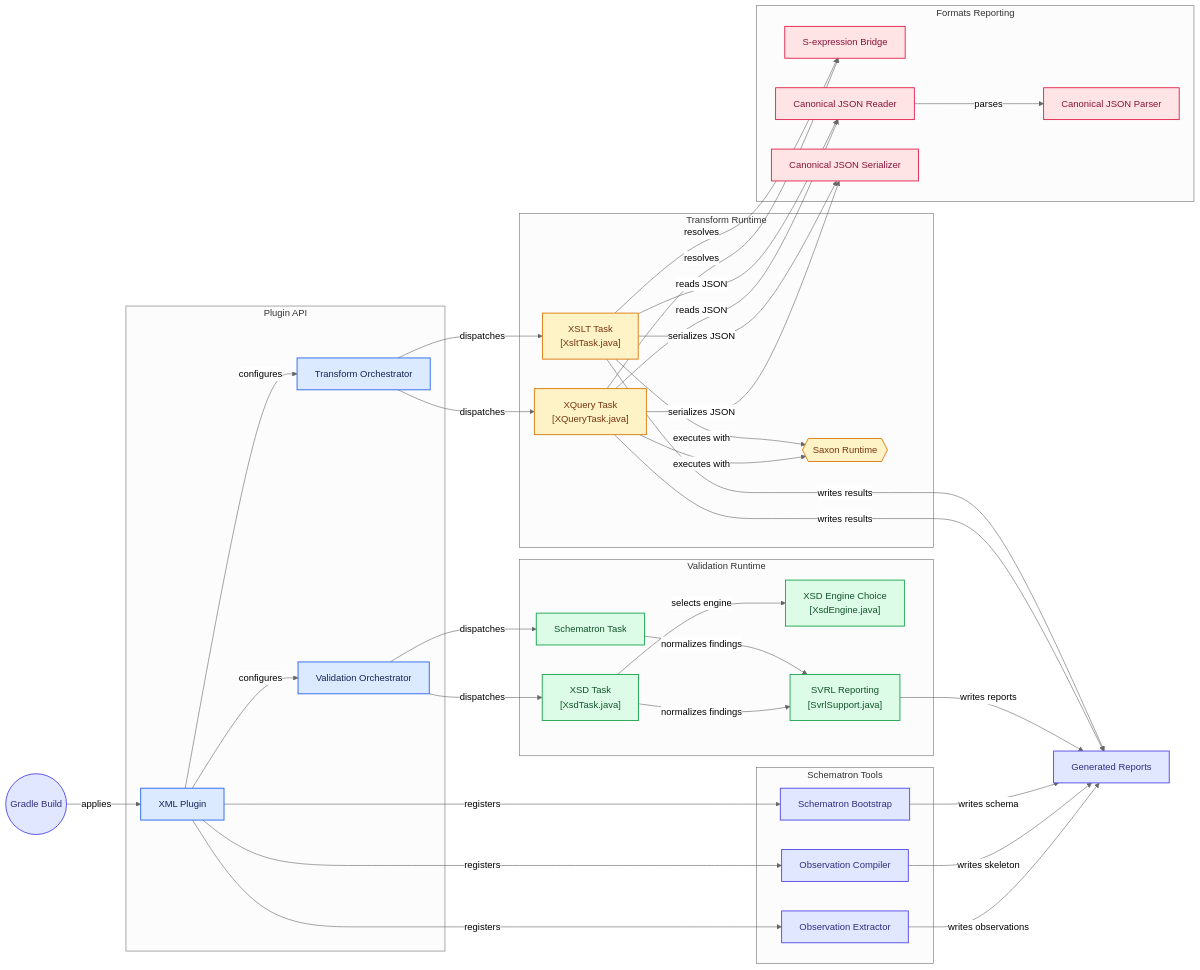
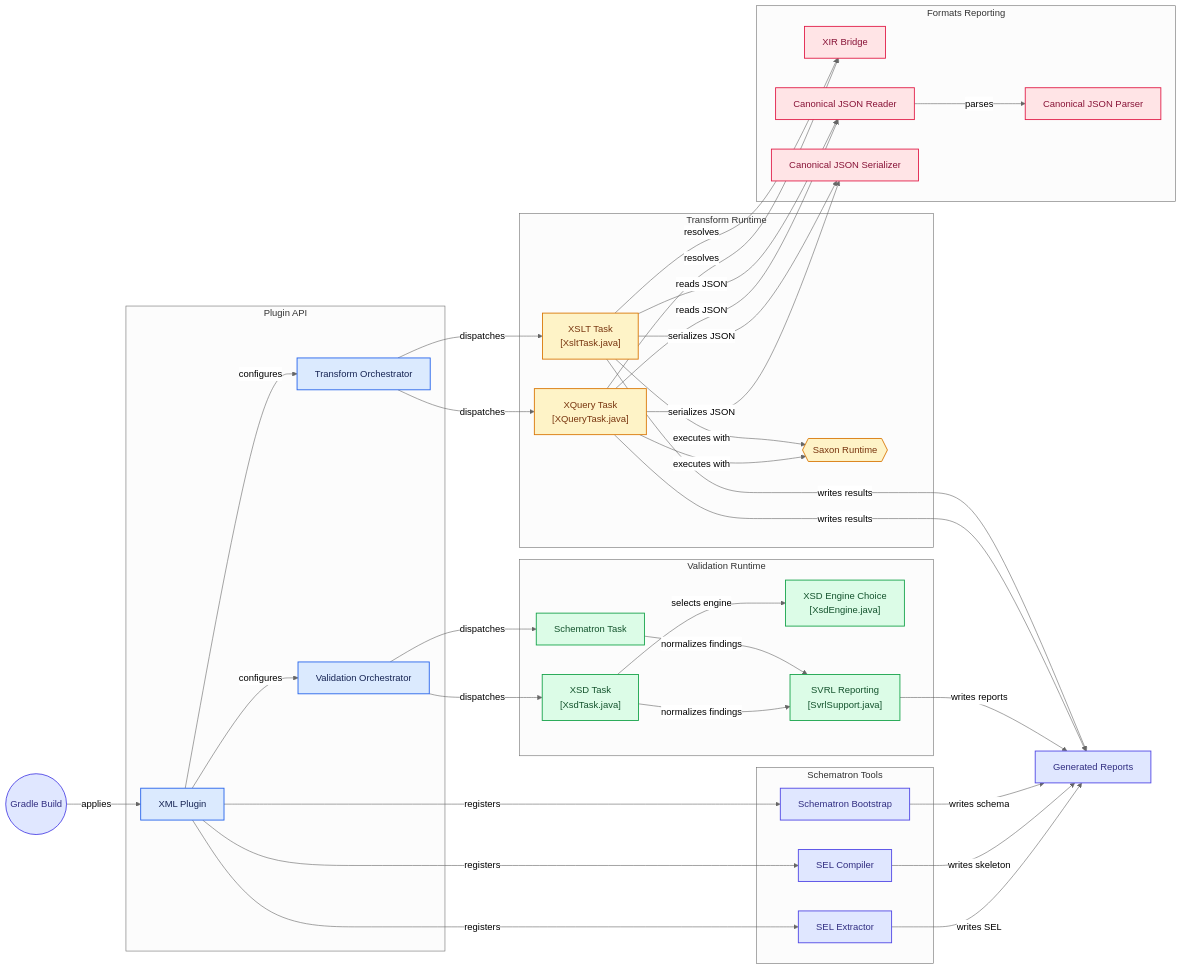
Before and after one commit to jurgenei/gradle-xml-plugin: the diagram in ARCHITECTURE.md, drawn with Mermaid (neutral theme). The commit also changed 50 other files, not shown here.

Commit message:
renamed sexpr to xir and obs to sel

````diff
--- a/ARCHITECTURE.md
+++ b/ARCHITECTURE.md
@@ -23,7 +23,7 @@
 end
 
 subgraph group_formats["Formats Reporting"]
-  node_sexpr_resolvers["S-expression Bridge"]
+  node_xir_resolvers["XIR Bridge"]
   node_json_parser["Canonical JSON Parser"]
   node_json_reader["Canonical JSON Reader"]
   node_json_serializer["Canonical JSON Serializer"]
@@ -31,8 +31,8 @@
 
 subgraph group_schematron["Schematron Tools"]
   node_bootstrap_task["Schematron Bootstrap"]
-  node_observation_compile["Observation Compiler"]
-  node_observation_extract["Observation Extractor"]
+  node_sel_compile["SEL Compiler"]
+  node_sel_extract["SEL Extractor"]
 end
 
 node_gradle_build(("Gradle Build"))
@@ -42,14 +42,14 @@
 node_xml_plugin -->|"configures"| node_transform_base
 node_xml_plugin -->|"configures"| node_validation_base
 node_xml_plugin -->|"registers"| node_bootstrap_task
-node_xml_plugin -->|"registers"| node_observation_compile
-node_xml_plugin -->|"registers"| node_observation_extract
+node_xml_plugin -->|"registers"| node_sel_compile
+node_xml_plugin -->|"registers"| node_sel_extract
 node_transform_base -->|"dispatches"| node_xslt_task
 node_transform_base -->|"dispatches"| node_xquery_task
 node_xslt_task -->|"executes with"| node_saxon_runtime
 node_xquery_task -->|"executes with"| node_saxon_runtime
-node_xslt_task -->|"resolves"| node_sexpr_resolvers
-node_xquery_task -->|"resolves"| node_sexpr_resolvers
+node_xslt_task -->|"resolves"| node_xir_resolvers
+node_xquery_task -->|"resolves"| node_xir_resolvers
 node_xslt_task -->|"reads JSON"| node_json_reader
 node_xquery_task -->|"reads JSON"| node_json_reader
 node_json_reader -->|"parses"| node_json_parser
@@ -64,15 +64,15 @@
 node_xsd_task -->|"normalizes findings"| node_svrl_support
 node_svrl_support -->|"writes reports"| node_generated_outputs
 node_bootstrap_task -->|"writes schema"| node_generated_outputs
-node_observation_compile -->|"writes skeleton"| node_generated_outputs
-node_observation_extract -->|"writes observations"| node_generated_outputs
+node_sel_compile -->|"writes skeleton"| node_generated_outputs
+node_sel_extract -->|"writes SEL"| node_generated_outputs
 
 click node_xml_plugin "https://github.com/jurgenei/gradle-xml-plugin/blob/main/src/main/java/name/jurgenei/gradle/xml/XmlTransformPlugin.java"
 click node_transform_base "https://github.com/jurgenei/gradle-xml-plugin/blob/main/src/main/java/name/jurgenei/gradle/xml/AbstractXmlTransformTask.java"
 click node_validation_base "https://github.com/jurgenei/gradle-xml-plugin/blob/main/src/main/java/name/jurgenei/gradle/xml/AbstractXmlValidationTask.java"
 click node_xslt_task "https://github.com/jurgenei/gradle-xml-plugin/blob/main/src/main/java/name/jurgenei/gradle/xml/XsltTask.java"
 click node_xquery_task "https://github.com/jurgenei/gradle-xml-plugin/blob/main/src/main/java/name/jurgenei/gradle/xml/XQueryTask.java"
-click node_sexpr_resolvers "https://github.com/jurgenei/gradle-xml-plugin/blob/main/src/main/java/name/jurgenei/gradle/xml/saxon/SaxonSexprResolvers.java"
+click node_xir_resolvers "https://github.com/jurgenei/gradle-xml-plugin/blob/main/src/main/java/name/jurgenei/gradle/xml/saxon/SaxonSexprResolvers.java"
 click node_json_parser "https://github.com/jurgenei/gradle-xml-plugin/blob/main/src/main/java/name/jurgenei/gradle/xml/json/JsonCanonicalParser.java"
 click node_json_reader "https://github.com/jurgenei/gradle-xml-plugin/blob/main/src/main/java/name/jurgenei/gradle/xml/json/JsonCanonicalXmlReader.java"
 click node_json_serializer "https://github.com/jurgenei/gradle-xml-plugin/blob/main/src/main/java/name/jurgenei/gradle/xml/json/JsonCanonicalSerializer.java"
@@ -81,8 +81,8 @@
 click node_schematron_task "https://github.com/jurgenei/gradle-xml-plugin/blob/main/src/main/java/name/jurgenei/gradle/xml/SchematronTask.java"
 click node_xsd_task "https://github.com/jurgenei/gradle-xml-plugin/blob/main/src/main/java/name/jurgenei/gradle/xml/XsdTask.java"
 click node_bootstrap_task "https://github.com/jurgenei/gradle-xml-plugin/blob/main/src/main/java/name/jurgenei/gradle/xml/SchematronBootstrapTask.java"
-click node_observation_compile "https://github.com/jurgenei/gradle-xml-plugin/blob/main/src/main/java/name/jurgenei/gradle/xml/SchematronSelCompileTask.java"
-click node_observation_extract "https://github.com/jurgenei/gradle-xml-plugin/blob/main/src/main/java/name/jurgenei/gradle/xml/SchematronExtractTask.java"
+click node_sel_compile "https://github.com/jurgenei/gradle-xml-plugin/blob/main/src/main/java/name/jurgenei/gradle/xml/SchematronSelCompileTask.java"
+click node_sel_extract "https://github.com/jurgenei/gradle-xml-plugin/blob/main/src/main/java/name/jurgenei/gradle/xml/SchematronSelExtractTask.java"
 
 classDef toneNeutral fill:#f8fafc,stroke:#334155,stroke-width:1.5px,color:#0f172a
 classDef toneBlue fill:#dbeafe,stroke:#2563eb,stroke-width:1.5px,color:#172554
@@ -94,6 +94,6 @@
 class node_xml_plugin,node_transform_base,node_validation_base toneBlue
 class node_xslt_task,node_xquery_task,node_saxon_runtime toneAmber
 class node_xsd_engine,node_svrl_support,node_schematron_task,node_xsd_task toneMint
-class node_sexpr_resolvers,node_json_parser,node_json_reader,node_json_serializer toneRose
-class node_bootstrap_task,node_observation_compile,node_observation_extract,node_gradle_build,node_generated_outputs toneIndigo
+class node_xir_resolvers,node_json_parser,node_json_reader,node_json_serializer toneRose
+class node_bootstrap_task,node_sel_compile,node_sel_extract,node_gradle_build,node_generated_outputs toneIndigo
 ```
````
